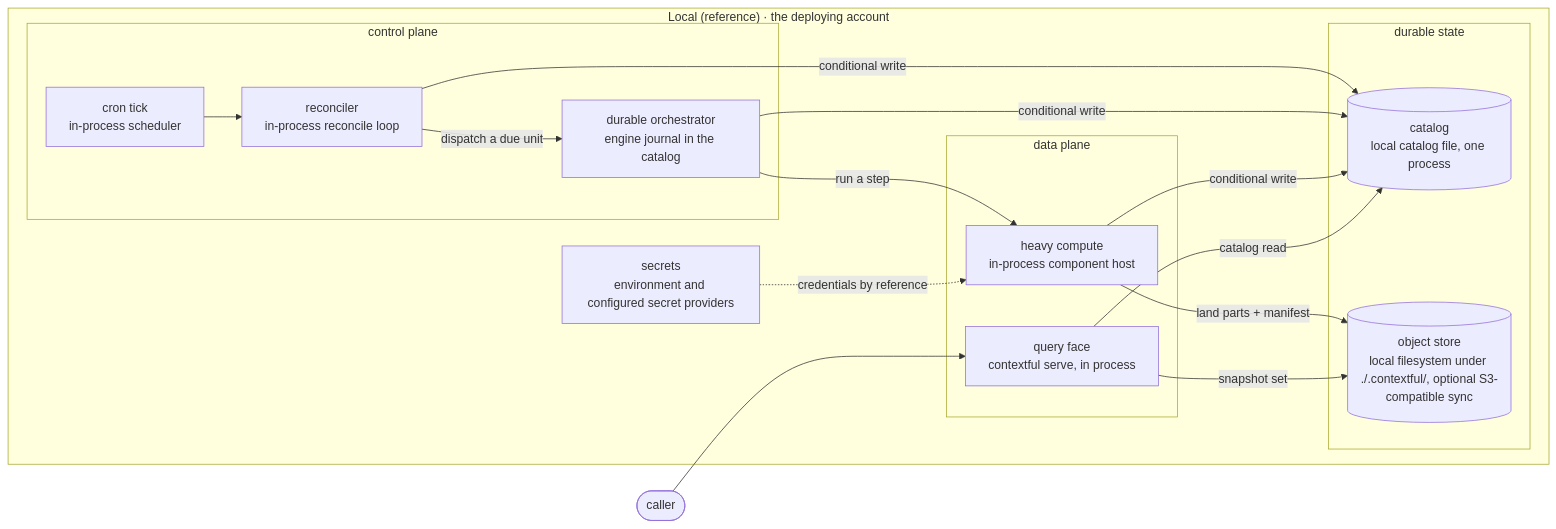
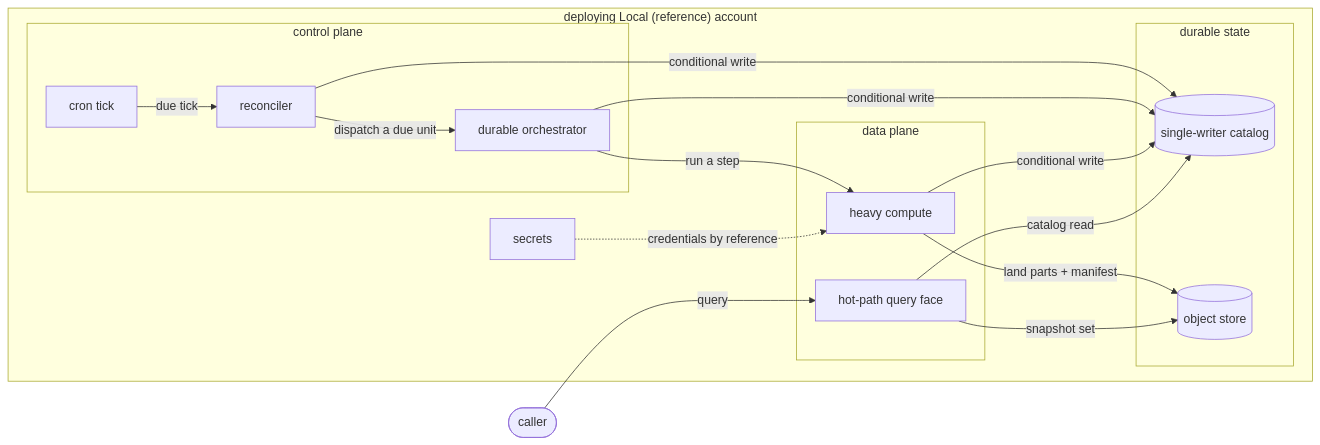
Before and after one commit to fractalboxdev/contextful: the third of 3 diagrams in spec/targets.md, drawn with Mermaid. The commit also changed other lines of this file and 44 other files, not shown here.

First line of the commit message:
spec: diagrams draw entities and flows, and the checker enforces it (#12)

````diff
--- a/spec/targets.md
+++ b/spec/targets.md
@@ -120,26 +120,26 @@
 ```mermaid
 flowchart LR
   CALLER(["caller"])
-  subgraph ACCOUNT["Local (reference) · the deploying account"]
+  subgraph ACCOUNT["deploying Local (reference) account"]
     subgraph CONTROL["control plane"]
-      TICK["cron tick<br/>in-process scheduler"]
-      REC["reconciler<br/>in-process reconcile loop"]
-      ORCH["durable orchestrator<br/>engine journal in the catalog"]
+      TICK["cron tick"]
+      REC["reconciler"]
+      ORCH["durable orchestrator"]
     end
     subgraph DATA["data plane"]
-      COMP["heavy compute<br/>in-process component host"]
-      QF["query face<br/>contextful serve, in process"]
+      COMP["heavy compute"]
+      QF["hot-path query face"]
     end
     subgraph STATE["durable state"]
-      CAT[("catalog<br/>local catalog file, one process")]
-      OBJ[("object store<br/>local filesystem under ./.contextful/, optional S3-compatible sync")]
+      CAT[("single-writer catalog")]
+      OBJ[("object store")]
     end
-    SEC["secrets<br/>environment and configured secret providers"]
+    SEC["secrets"]
   end
-  TICK --> REC -- "dispatch a due unit" --> ORCH -- "run a step" --> COMP
+  TICK -- "due tick" --> REC -- "dispatch a due unit" --> ORCH -- "run a step" --> COMP
   COMP -- "land parts + manifest" --> OBJ
   REC & ORCH & COMP -- "conditional write" --> CAT
-  CALLER --> QF -- "snapshot set" --> OBJ
+  CALLER -- "query" --> QF -- "snapshot set" --> OBJ
   QF -- "catalog read" --> CAT
   SEC -. "credentials by reference" .-> COMP
 ```
````
